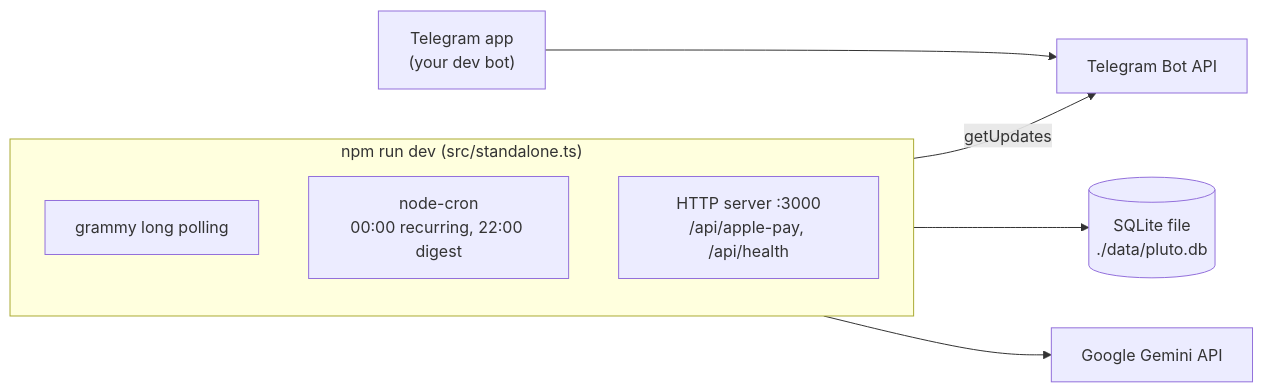
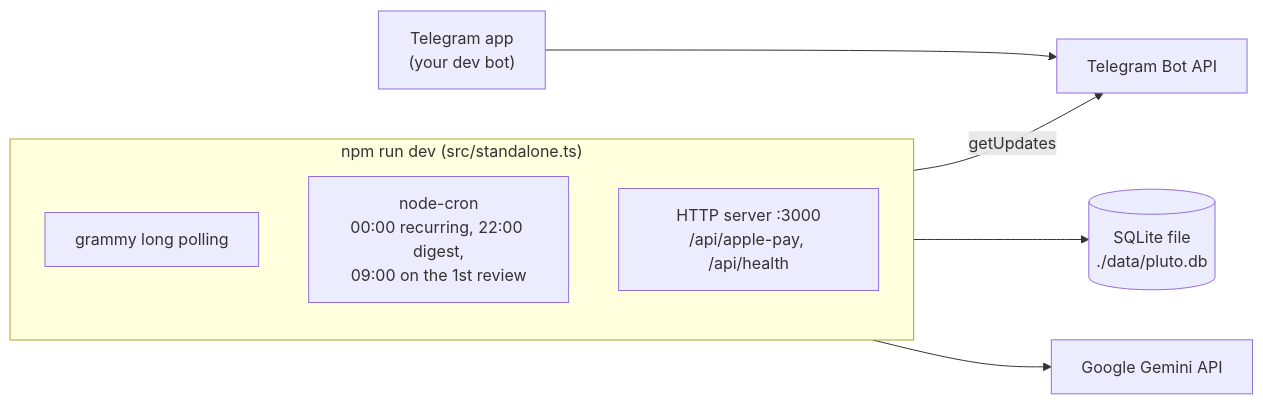
One commit to zzkhong/plutus-ai changed the second of 7 diagrams in docs/architecture.md. Above: the diagram before and after it, drawn with Mermaid. The commit also changed other lines of this file and 3 other files, not shown here.

````diff
--- a/docs/architecture.md
+++ b/docs/architecture.md
@@ -63,13 +63,13 @@
 ```mermaid
 flowchart LR
     tg["Telegram app<br/>(your dev bot)"] --> tgapi["Telegram Bot API"]
     subgraph proc["npm run dev (src/standalone.ts)"]
         direction TB
         poll["grammy long polling"]
-        crons["node-cron<br/>00:00 recurring, 22:00 digest"]
+        crons["node-cron<br/>00:00 recurring, 22:00 digest,<br/>09:00 on the 1st review"]
         http["HTTP server :3000<br/>/api/apple-pay, /api/health"]
     end
     poll -- "getUpdates" --> tgapi
     proc --> file[("SQLite file<br/>./data/pluto.db")]
     proc --> gemini["Google Gemini API"]
 ```
````
